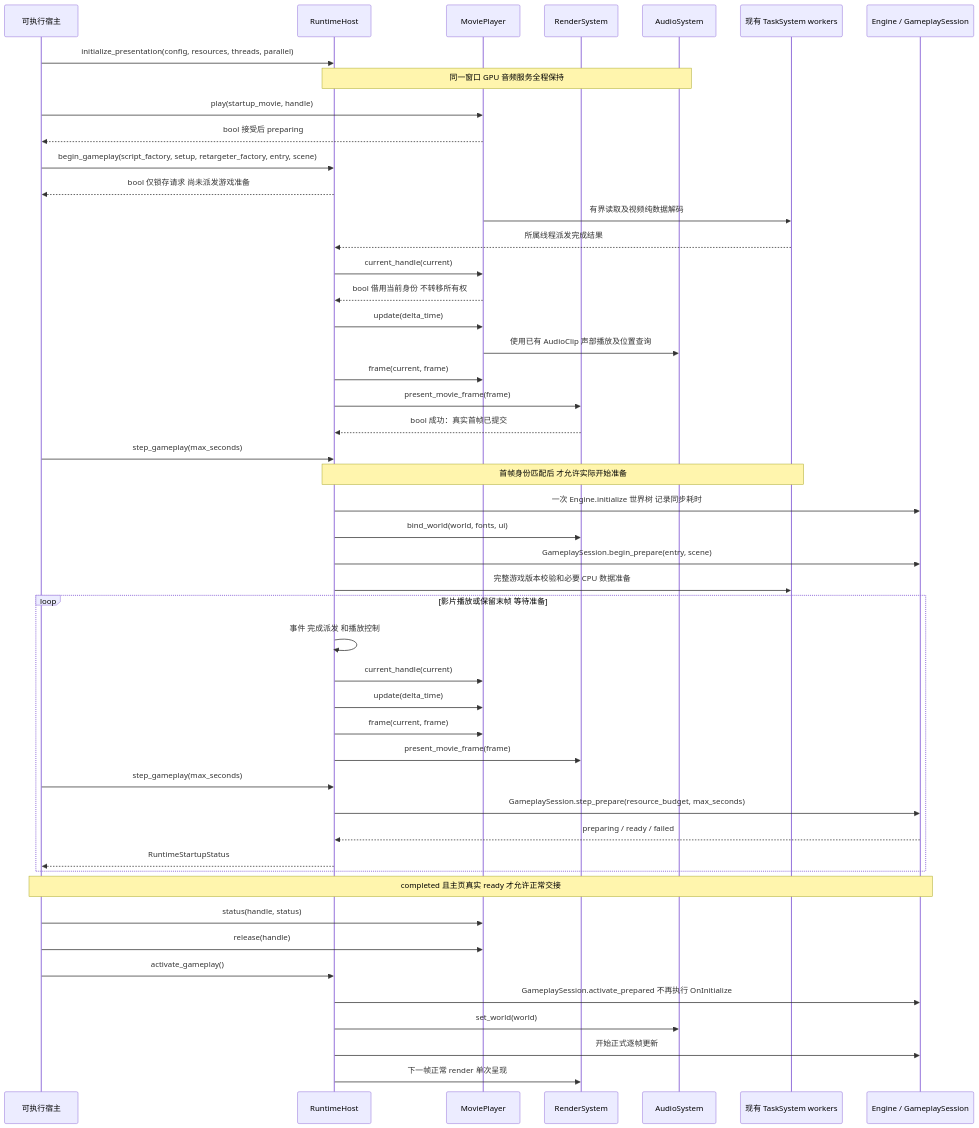
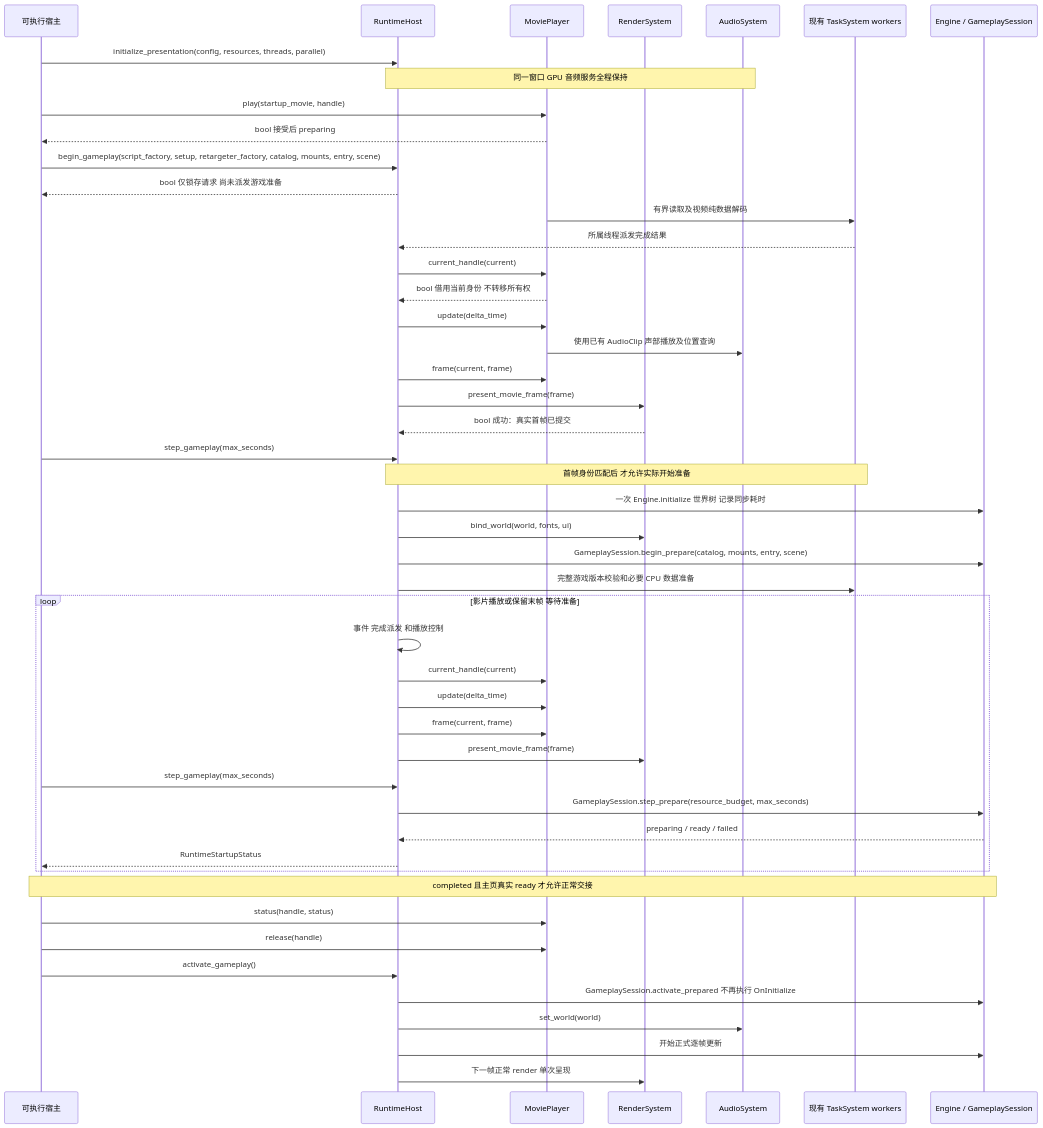
The fourth of 4 diagrams in docs/runtime/class-diagrams/movie-startup.md (lcals/Engine), drawn with Mermaid before and after one commit. The commit also changed other lines of this file and 95 other files, not shown here.

````diff
--- a/docs/runtime/class-diagrams/movie-startup.md
+++ b/docs/runtime/class-diagrams/movie-startup.md
@@ -226,50 +234,50 @@
 ```mermaid
 sequenceDiagram
     participant Caller as 可执行宿主
     participant Host as RuntimeHost
     participant Player as MoviePlayer
     participant Renderer as RenderSystem
     participant Audio as AudioSystem
     participant Workers as 现有 TaskSystem workers
     participant Game as Engine / GameplaySession
     Caller->>Host: initialize_presentation(config, resources, threads, parallel)
     Note over Host,Audio: 同一窗口 GPU 音频服务全程保持
     Caller->>Player: play(startup_movie, handle)
     Player-->>Caller: bool 接受后 preparing
-    Caller->>Host: begin_gameplay(script_factory, setup, retargeter_factory, entry, scene)
+    Caller->>Host: begin_gameplay(script_factory, setup, retargeter_factory, catalog, mounts, entry, scene)
     Host-->>Caller: bool 仅锁存请求 尚未派发游戏准备
     Player->>Workers: 有界读取及视频纯数据解码
     Workers-->>Host: 所属线程派发完成结果
     Host->>Player: current_handle(current)
     Player-->>Host: bool 借用当前身份 不转移所有权
     Host->>Player: update(delta_time)
     Player->>Audio: 使用已有 AudioClip 声部播放及位置查询
     Host->>Player: frame(current, frame)
     Host->>Renderer: present_movie_frame(frame)
     Renderer-->>Host: bool 成功：真实首帧已提交
     Caller->>Host: step_gameplay(max_seconds)
     Note over Host,Workers: 首帧身份匹配后 才允许实际开始准备
     Host->>Game: 一次 Engine.initialize 世界树 记录同步耗时
     Host->>Renderer: bind_world(world, fonts, ui)
-    Host->>Game: GameplaySession.begin_prepare(entry, scene)
+    Host->>Game: GameplaySession.begin_prepare(catalog, mounts, entry, scene)
     Host->>Workers: 完整游戏版本校验和必要 CPU 数据准备
     loop 影片播放或保留末帧 等待准备
         Host->>Host: 事件 完成派发 和播放控制
         Host->>Player: current_handle(current)
         Host->>Player: update(delta_time)
         Host->>Player: frame(current, frame)
         Host->>Renderer: present_movie_frame(frame)
         Caller->>Host: step_gameplay(max_seconds)
         Host->>Game: GameplaySession.step_prepare(resource_budget, max_seconds)
         Game-->>Host: preparing / ready / failed
         Host-->>Caller: RuntimeStartupStatus
     end
     Note over Caller,Game: completed 且主页真实 ready 才允许正常交接
     Caller->>Player: status(handle, status)
     Caller->>Player: release(handle)
     Caller->>Host: activate_gameplay()
     Host->>Game: GameplaySession.activate_prepared 不再执行 OnInitialize
     Host->>Audio: set_world(world)
     Host->>Game: 开始正式逐帧更新
     Host->>Renderer: 下一帧正常 render 单次呈现
 ```
````
